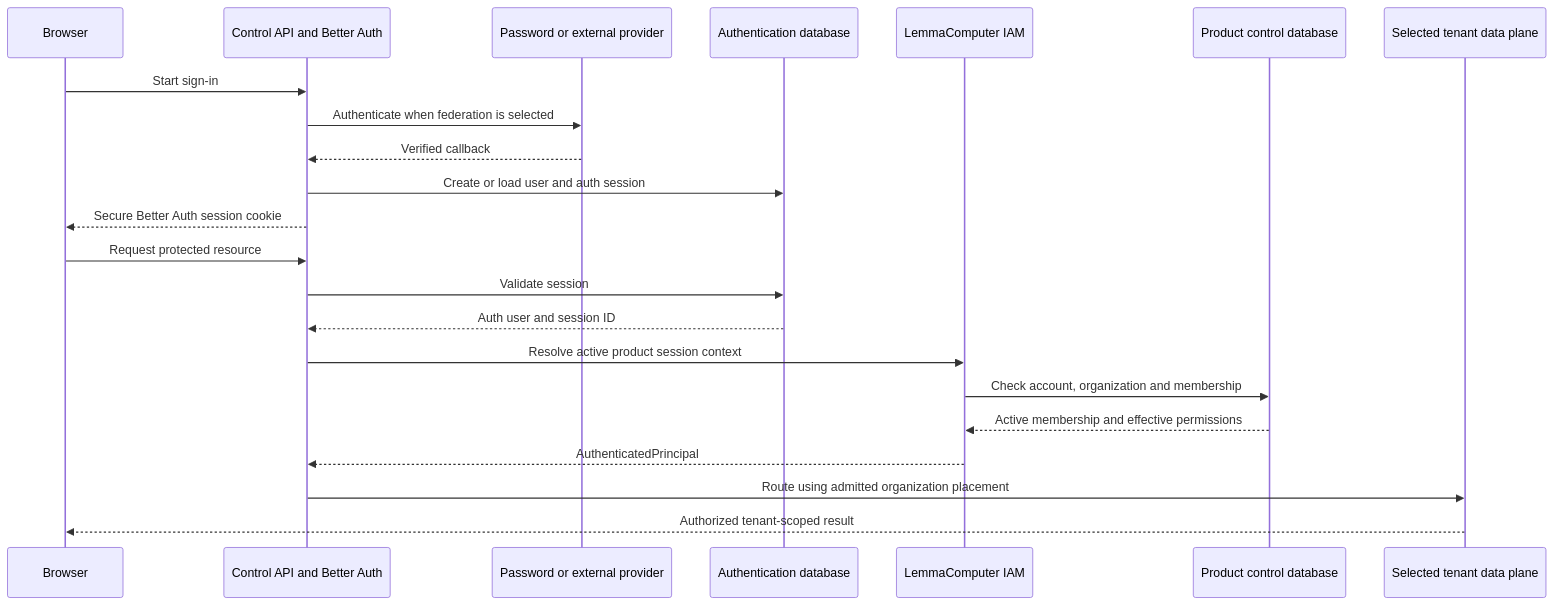
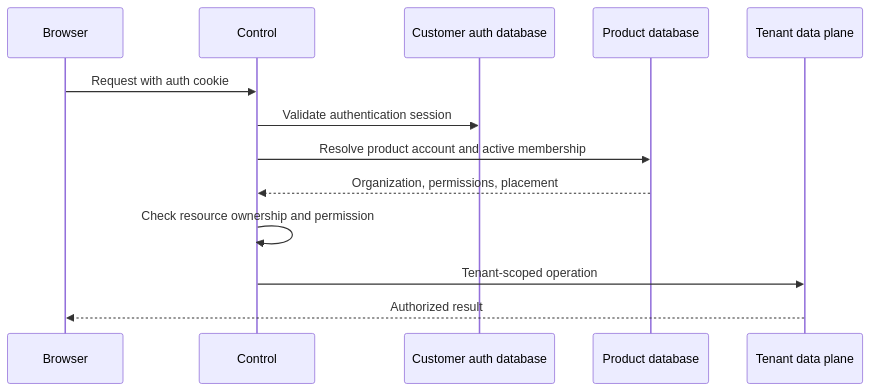
Before and after one commit to ONE-Computer/LemmaComputer: the diagram in docs/architecture/authentication.md, drawn with Mermaid. The commit also changed other lines of this file and 39 other files, not shown here.

````diff
--- a/docs/architecture/authentication.md
+++ b/docs/architecture/authentication.md
@@ -265,26 +34,15 @@
 ```mermaid
 sequenceDiagram
     participant Browser
-    participant Control as Control API and Better Auth
-    participant Provider as Password or external provider
-    participant AuthDB as Authentication database
-    participant IAM as LemmaComputer IAM
-    participant ControlDB as Product control database
-    participant Data as Selected tenant data plane
-
-    Browser->>Control: Start sign-in
-    Control->>Provider: Authenticate when federation is selected
-    Provider-->>Control: Verified callback
-    Control->>AuthDB: Create or load user and auth session
-    Control-->>Browser: Secure Better Auth session cookie
-
-    Browser->>Control: Request protected resource
-    Control->>AuthDB: Validate session
-    AuthDB-->>Control: Auth user and session ID
-    Control->>IAM: Resolve active product session context
-    IAM->>ControlDB: Check account, organization and membership
-    ControlDB-->>IAM: Active membership and effective permissions
-    IAM-->>Control: AuthenticatedPrincipal
-    Control->>Data: Route using admitted organization placement
-    Data-->>Browser: Authorized tenant-scoped result
+    participant Control
+    participant Auth as Customer auth database
+    participant Product as Product database
+    participant Data as Tenant data plane
+    Browser->>Control: Request with auth cookie
+    Control->>Auth: Validate authentication session
+    Control->>Product: Resolve product account and active membership
+    Product-->>Control: Organization, permissions, placement
+    Control->>Control: Check resource ownership and permission
+    Control->>Data: Tenant-scoped operation
+    Data-->>Browser: Authorized result
 ```
````
